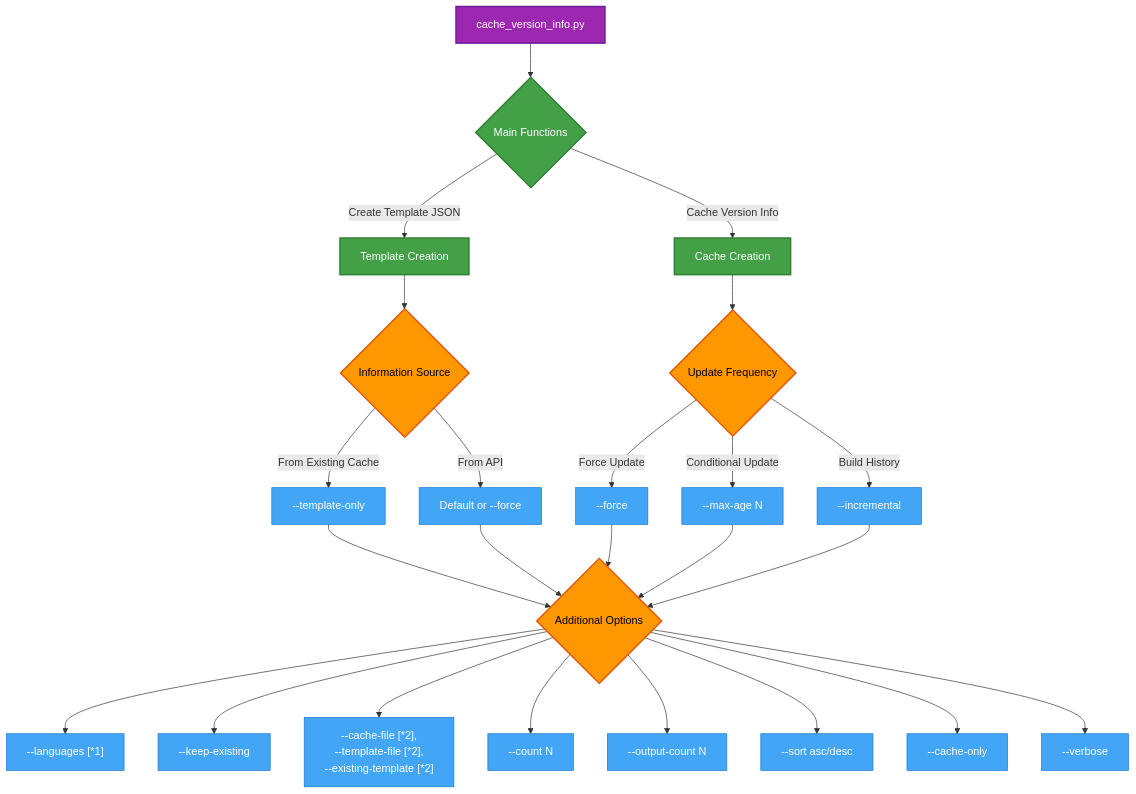
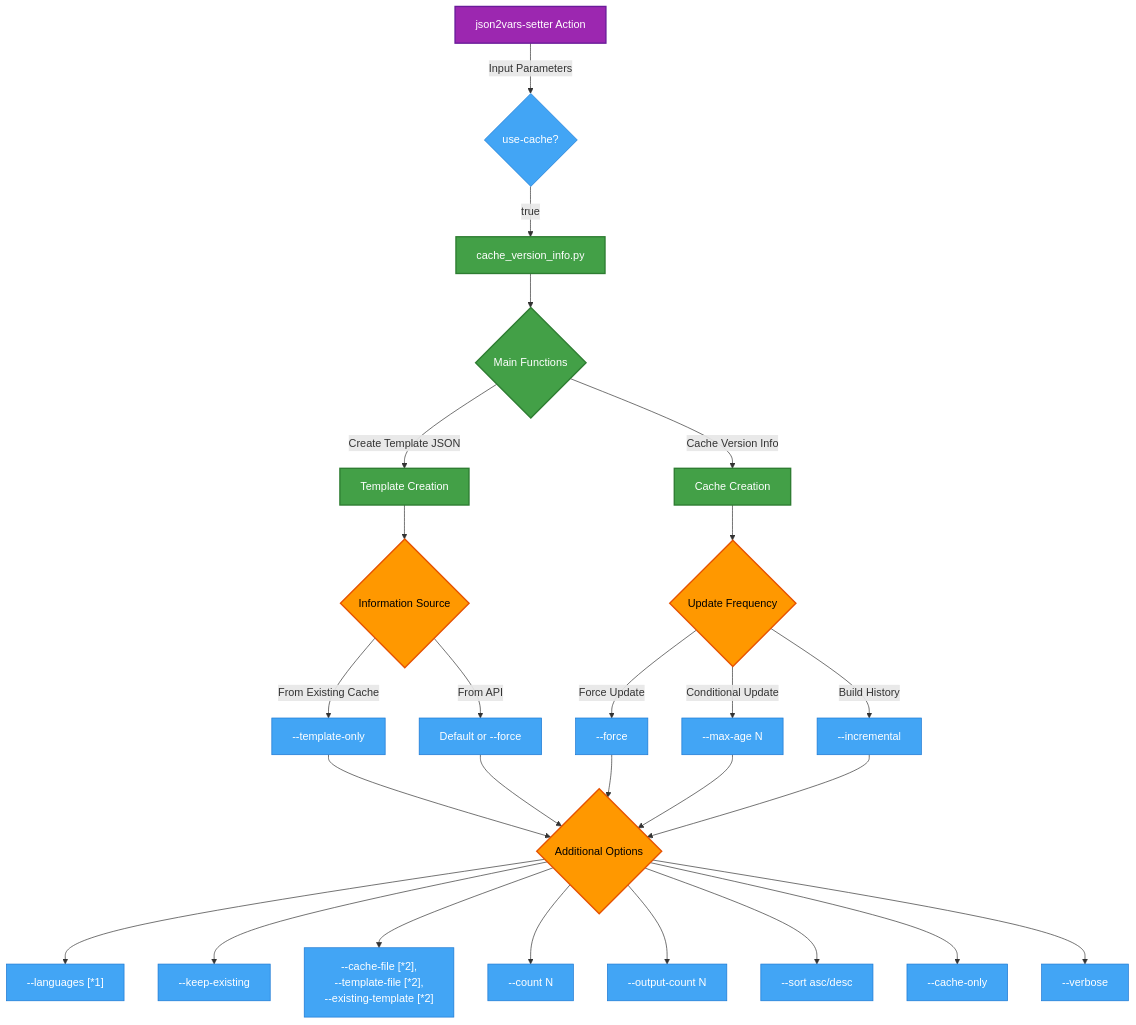
One commit to 7rikazhexde/json2vars-setter changed the first of 2 diagrams in docs/features/version-caching.md. Above: the diagram before and after it, drawn with Mermaid. The commit also changed 5 other files, not shown here.

Commit message:
:recycle: Update SVG diagram for JSON to Variables Setter flowchart with improved dimensions and node labels

````diff
--- a/docs/features/version-caching.md
+++ b/docs/features/version-caching.md
@@ -11,45 +11,50 @@
 ```mermaid
 graph TD
-    Start[cache_version_info.py] --> MainPurpose{Main Functions}
+    Start[json2vars-setter Action] -->|Input Parameters| GHACondition{use-cache?}
+    GHACondition --> |true| MainPurpose1[cache_version_info.py]
 
-    MainPurpose -->|Create Template JSON| TemplateCreation[Template Creation]
-    MainPurpose -->|Cache Version Info| CacheCreation[Cache Creation]
+    MainPurpose1[cache_version_info.py] --> MainPurpose2{Main Functions}
+
+    MainPurpose2 -->|Create Template JSON| TemplateCreation[Template Creation]
+    MainPurpose2 -->|Cache Version Info| CacheCreation[Cache Creation]
 
     TemplateCreation --> TemplateSource{Information Source}
     TemplateSource -->|From Existing Cache| UseCache[--template-only]
     TemplateSource -->|From API| UseAPI[Default or --force]
 
     CacheCreation --> UpdateFrequency{Update Frequency}
     UpdateFrequency -->|Force Update| ForceUpdate[--force]
     UpdateFrequency -->|Conditional Update| ConditionalUpdate[--max-age N]
     UpdateFrequency -->|Build History| History[--incremental]
 
     %% Common options
     UseCache --> CommonOptions{Additional Options}
     UseAPI --> CommonOptions
     ForceUpdate --> CommonOptions
     ConditionalUpdate --> CommonOptions
     History --> CommonOptions
 
     CommonOptions --> Languages[--languages #91;*1#93;]
     CommonOptions --> KeepExisting[--keep-existing]
     CommonOptions --> FilePaths[--cache-file #91;*2#93;,<br/> --template-file #91;*2#93;,<br/> --existing-template #91;*2#93;]
     CommonOptions --> CacheCount[--count N]
     CommonOptions --> VersionCount[--output-count N]
     CommonOptions --> SortOrder[--sort asc/desc]
     CommonOptions --> CacheOnly[--cache-only]
     CommonOptions --> VerboseLog[--verbose]
 
     %% Style definitions for better visibility in dark mode
+    classDef ghacondition fill:#42a5f5,stroke:#1976d2,stroke-width:1px,color:#fff
     classDef start fill:#9c27b0,stroke:#6a1b9a,stroke-width:2px,color:#ffffff
     classDef main fill:#43a047,stroke:#2e7d32,stroke-width:2px,color:#ffffff
     classDef condition fill:#ff9800,stroke:#e65100,stroke-width:2px,color:#000000
     classDef option fill:#42a5f5,stroke:#1976d2,stroke-width:1px,color:#ffffff
     classDef common fill:#42a5f5,stroke:#1976d2,stroke-width:1px,color:#ffffff
 
     class Start start
-    class MainPurpose,TemplateCreation,CacheCreation main
+    class GHACondition ghacondition
+    class MainPurpose1,MainPurpose2,TemplateCreation,CacheCreation main
     class TemplateSource,UpdateFrequency,CommonOptions condition
     class UseCache,UseAPI,ForceUpdate,ConditionalUpdate,History option
     class Languages,FilePaths,CacheCount,VersionCount,SortOrder,KeepExisting,CacheOnly,VerboseLog common
 ```
````
